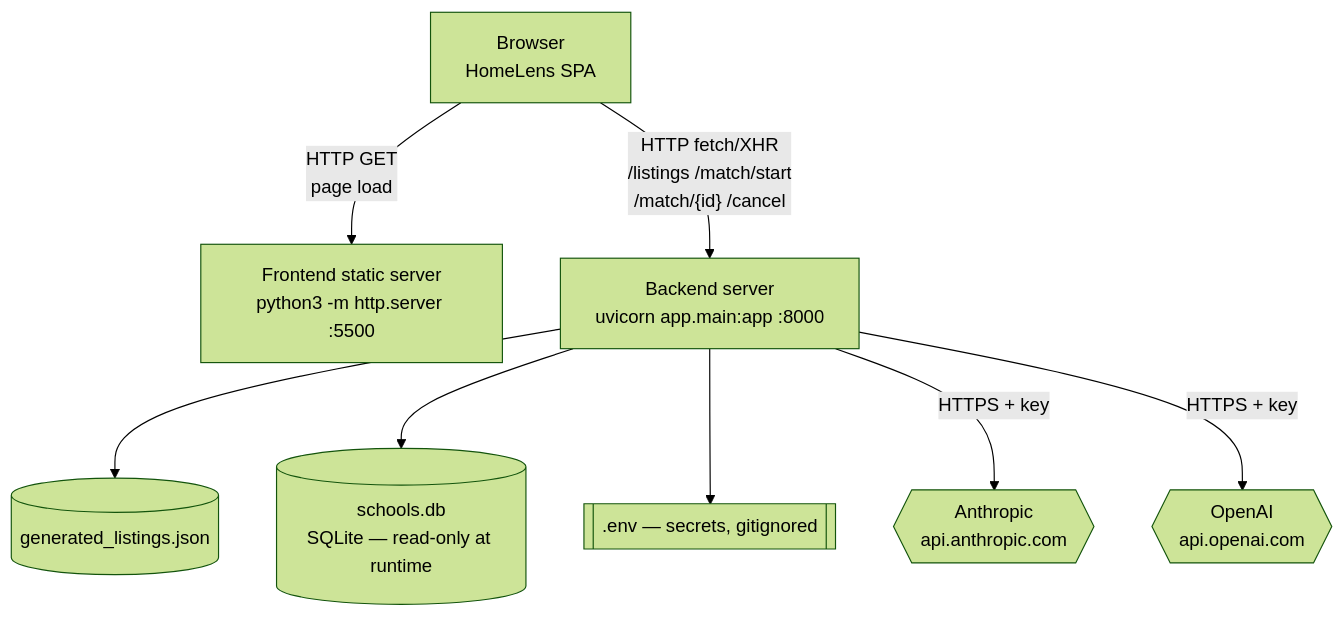
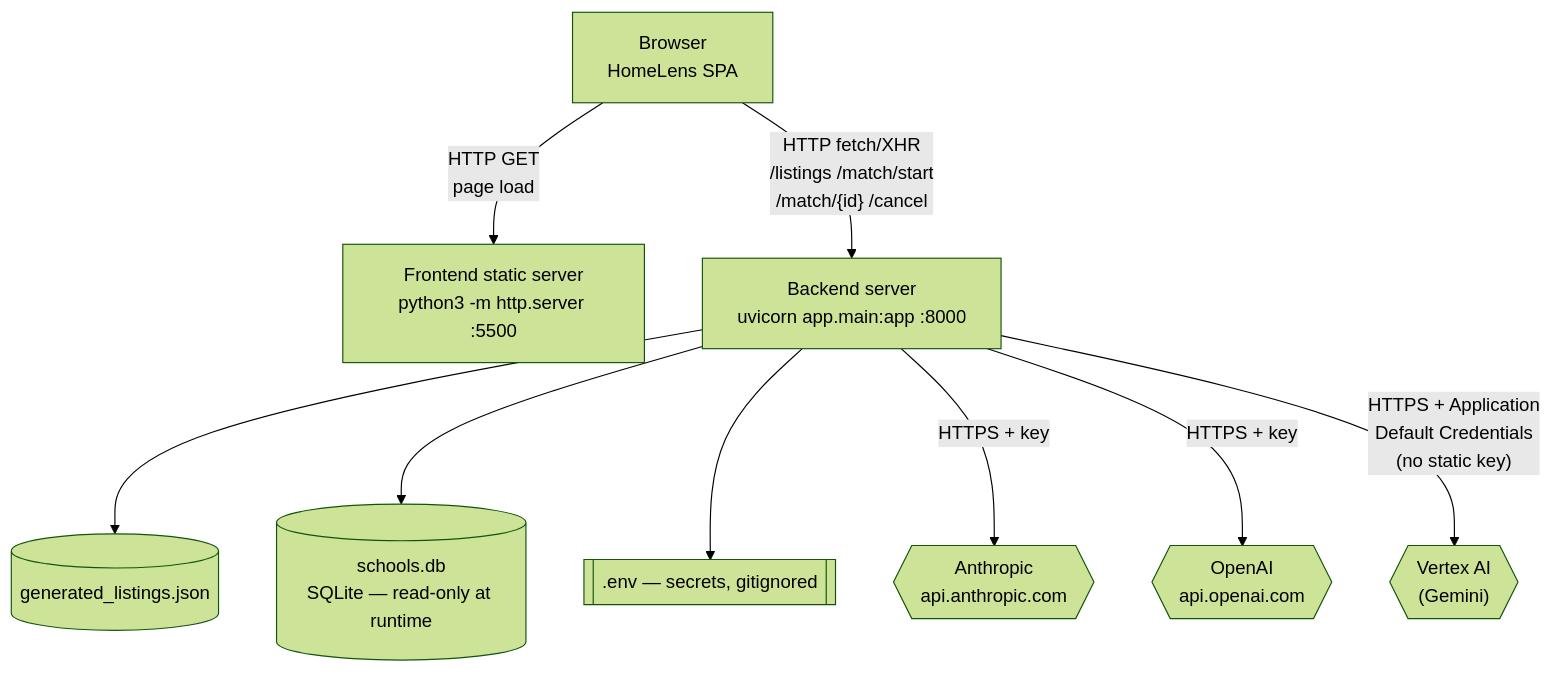
Before and after one commit to KhushbuVaishnav/HomeLens: the third of 9 diagrams in docs/architecture.md, drawn with Mermaid (forest theme). The commit also changed other lines of this file and 2 other files, not shown here.

````diff
--- a/docs/architecture.md
+++ b/docs/architecture.md
@@ -96,19 +100,21 @@
 ```mermaid
 flowchart TD
     Browser["Browser<br/>HomeLens SPA"]
     FrontendServer["Frontend static server<br/>python3 -m http.server :5500"]
     Backend["Backend server<br/>uvicorn app.main:app :8000"]
     GenFile[("generated_listings.json")]
     SchoolsDB[("schools.db<br/>SQLite — read-only at runtime")]
     EnvFile[[".env — secrets, gitignored"]]
     AnthropicCloud{{"Anthropic<br/>api.anthropic.com"}}
     OpenAICloud{{"OpenAI<br/>api.openai.com"}}
+    VertexCloud{{"Vertex AI<br/>(Gemini)"}}
 
     Browser -->|"HTTP GET<br/>page load"| FrontendServer
     Browser -->|"HTTP fetch/XHR<br/>/listings /match/start<br/>/match/{id} /cancel"| Backend
     Backend --> GenFile
     Backend --> SchoolsDB
     Backend --> EnvFile
     Backend -->|"HTTPS + key"| AnthropicCloud
     Backend -->|"HTTPS + key"| OpenAICloud
+    Backend -->|"HTTPS + Application<br/>Default Credentials<br/>(no static key)"| VertexCloud
 ```
````
